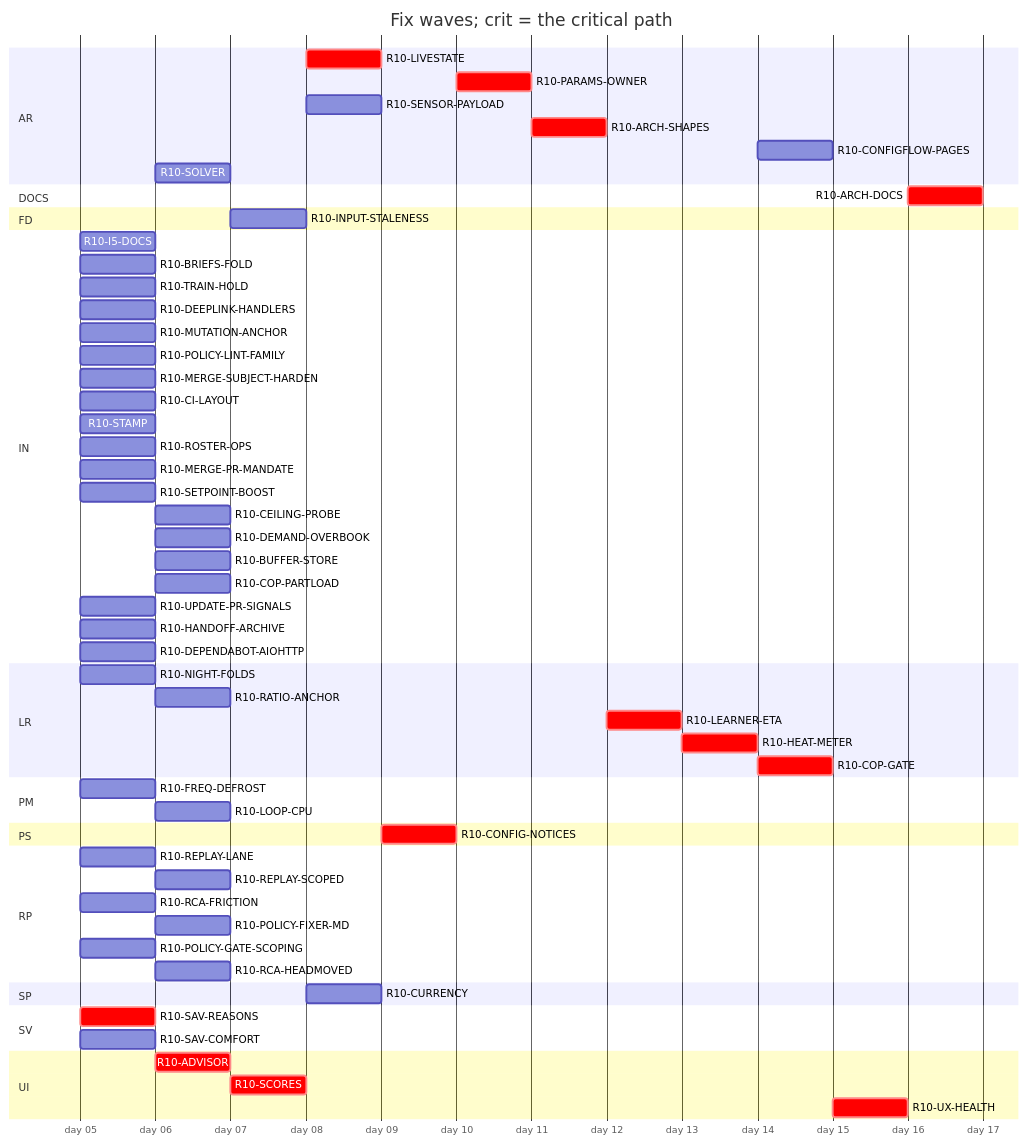
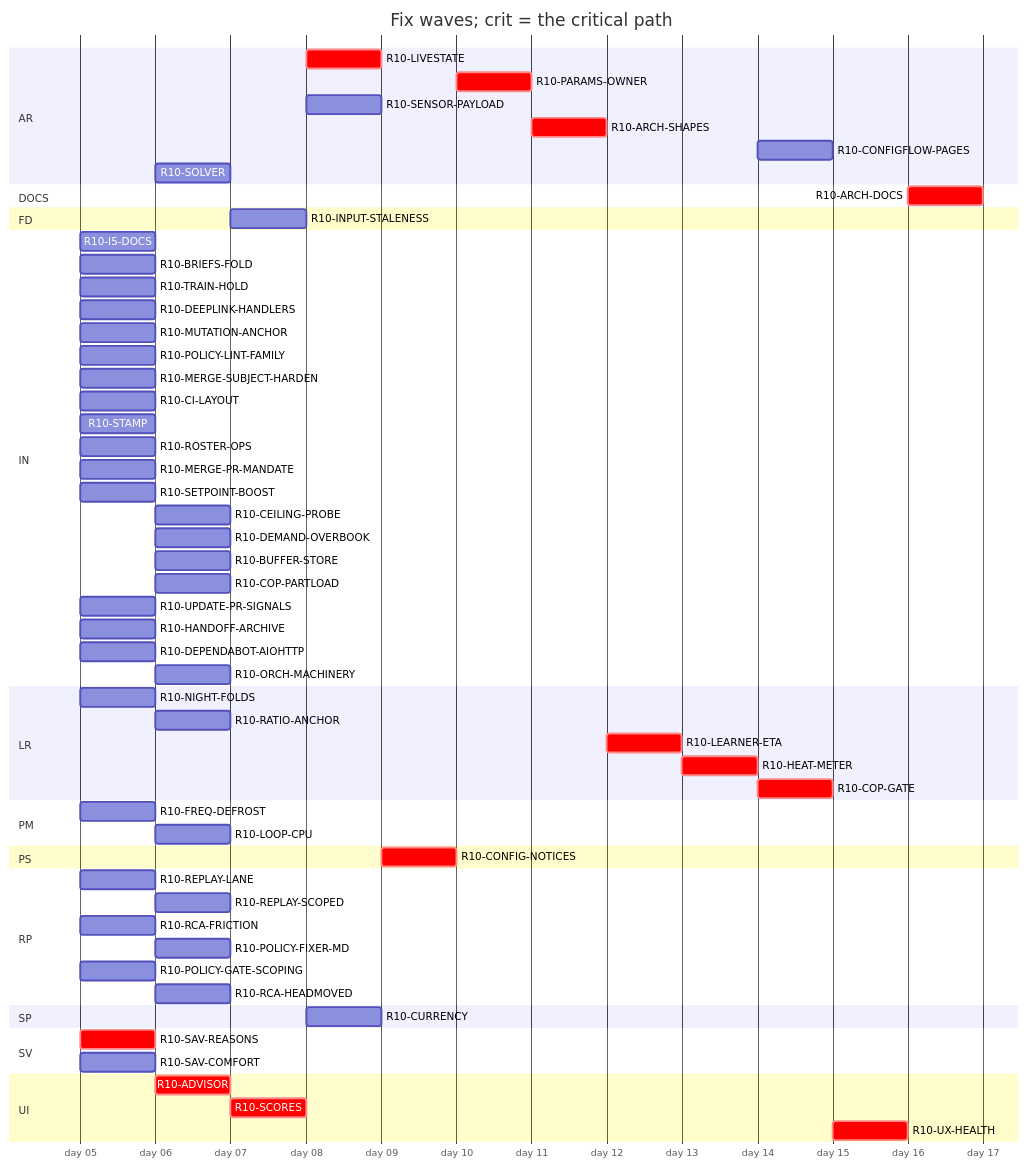
Before and after one commit to tvofi/heatpump_optimizer: the diagram in handoff/round10/state/PLAN-TABLE.md, drawn with Mermaid. The commit also changed other lines of this file and 1 other file, not shown here.

````diff
--- a/handoff/round10/state/PLAN-TABLE.md
+++ b/handoff/round10/state/PLAN-TABLE.md
@@ -24,64 +24,65 @@
 ```mermaid
 gantt
   title Fix waves; crit = the critical path
   dateFormat YYYY-MM-DD
   axisFormat day %d
   section AR
     R10-LIVESTATE :crit, r10LIVESTATE, after r10SCORES, 1d
     R10-PARAMS-OWNER :crit, r10PARAMSOWNER, after r10CONFIGNOTICES, 1d
     R10-SENSOR-PAYLOAD :r10SENSORPAYLOAD, after r10SCORES, 1d
     R10-ARCH-SHAPES :crit, r10ARCHSHAPES, after r10PARAMSOWNER r10SENSORPAYLOAD r10FREQDEFROST, 1d
     R10-CONFIGFLOW-PAGES :r10CONFIGFLOWPAGES, after r10HEATMETER, 1d
     R10-SOLVER :r10SOLVER, after r10SAVREASONS, 1d
   section DOCS
     R10-ARCH-DOCS :crit, r10ARCHDOCS, after r10NIGHTFOLDS r10RATIOANCHOR r10INPUTSTALENESS r10CURRENCY r10FREQDEFROST r10LOOPCPU r10SAVREASONS r10ADVISOR r10SCORES r10LIVESTATE r10CONFIGNOTICES r10PARAMSOWNER r10SENSORPAYLOAD r10ARCHSHAPES r10LEARNERETA r10HEATMETER r10COPGATE r10UXHEALTH r10CONFIGFLOWPAGES r10SOLVER r10I5DOCS r10BRIEFSFOLD r10REPLAYLANE r10REPLAYSCOPED r10TRAINHOLD r10DEEPLINKHANDLERS, 1d
   section FD
     R10-INPUT-STALENESS :r10INPUTSTALENESS, after r10RATIOANCHOR, 1d
   section IN
     R10-I5-DOCS :r10I5DOCS, 2026-01-05, 1d
     R10-BRIEFS-FOLD :r10BRIEFSFOLD, 2026-01-05, 1d
     R10-TRAIN-HOLD :r10TRAINHOLD, 2026-01-05, 1d
     R10-DEEPLINK-HANDLERS :r10DEEPLINKHANDLERS, 2026-01-05, 1d
     R10-MUTATION-ANCHOR :r10MUTATIONANCHOR, 2026-01-05, 1d
     R10-POLICY-LINT-FAMILY :r10POLICYLINTFAMILY, 2026-01-05, 1d
     R10-MERGE-SUBJECT-HARDEN :r10MERGESUBJECTHARDEN, 2026-01-05, 1d
     R10-CI-LAYOUT :r10CILAYOUT, 2026-01-05, 1d
     R10-STAMP :r10STAMP, 2026-01-05, 1d
     R10-ROSTER-OPS :r10ROSTEROPS, 2026-01-05, 1d
     R10-MERGE-PR-MANDATE :r10MERGEPRMANDATE, 2026-01-05, 1d
     R10-SETPOINT-BOOST :r10SETPOINTBOOST, 2026-01-05, 1d
     R10-CEILING-PROBE :r10CEILINGPROBE, after r10SETPOINTBOOST r10CILAYOUT r10NIGHTFOLDS, 1d
     R10-DEMAND-OVERBOOK :r10DEMANDOVERBOOK, after r10SETPOINTBOOST, 1d
     R10-BUFFER-STORE :r10BUFFERSTORE, after r10SETPOINTBOOST, 1d
     R10-COP-PARTLOAD :r10COPPARTLOAD, after r10SETPOINTBOOST, 1d
     R10-UPDATE-PR-SIGNALS :r10UPDATEPRSIGNALS, 2026-01-05, 1d
     R10-HANDOFF-ARCHIVE :r10HANDOFFARCHIVE, 2026-01-05, 1d
     R10-DEPENDABOT-AIOHTTP :r10DEPENDABOTAIOHTTP, 2026-01-05, 1d
+    R10-ORCH-MACHINERY :r10ORCHMACHINERY, after r10ROSTEROPS r10CILAYOUT, 1d
   section LR
     R10-NIGHT-FOLDS :r10NIGHTFOLDS, 2026-01-05, 1d
     R10-RATIO-ANCHOR :r10RATIOANCHOR, after r10NIGHTFOLDS, 1d
     R10-LEARNER-ETA :crit, r10LEARNERETA, after r10ARCHSHAPES, 1d
     R10-HEAT-METER :crit, r10HEATMETER, after r10LEARNERETA r10INPUTSTALENESS r10RATIOANCHOR, 1d
     R10-COP-GATE :crit, r10COPGATE, after r10HEATMETER r10SENSORPAYLOAD, 1d
   section PM
     R10-FREQ-DEFROST :r10FREQDEFROST, 2026-01-05, 1d
     R10-LOOP-CPU :r10LOOPCPU, after r10FREQDEFROST, 1d
   section PS
     R10-CONFIG-NOTICES :crit, r10CONFIGNOTICES, after r10LIVESTATE, 1d
   section RP
     R10-REPLAY-LANE :r10REPLAYLANE, 2026-01-05, 1d
     R10-REPLAY-SCOPED :r10REPLAYSCOPED, after r10REPLAYLANE r10TRAINHOLD, 1d
     R10-RCA-FRICTION :r10RCAFRICTION, 2026-01-05, 1d
     R10-POLICY-FIXER-MD :r10POLICYFIXERMD, after r10RCAFRICTION r10BRIEFSFOLD, 1d
     R10-POLICY-GATE-SCOPING :r10POLICYGATESCOPING, 2026-01-05, 1d
     R10-RCA-HEADMOVED :r10RCAHEADMOVED, after r10RCAFRICTION, 1d
   section SP
     R10-CURRENCY :r10CURRENCY, after r10INPUTSTALENESS, 1d
   section SV
     R10-SAV-REASONS :crit, r10SAVREASONS, 2026-01-05, 1d
     R10-SAV-COMFORT :r10SAVCOMFORT, 2026-01-05, 1d
   section UI
     R10-ADVISOR :crit, r10ADVISOR, after r10SAVREASONS, 1d
     R10-SCORES :crit, r10SCORES, after r10ADVISOR, 1d
     R10-UX-HEALTH :crit, r10UXHEALTH, after r10SCORES r10COPGATE r10HEATMETER, 1d
 ```
````
